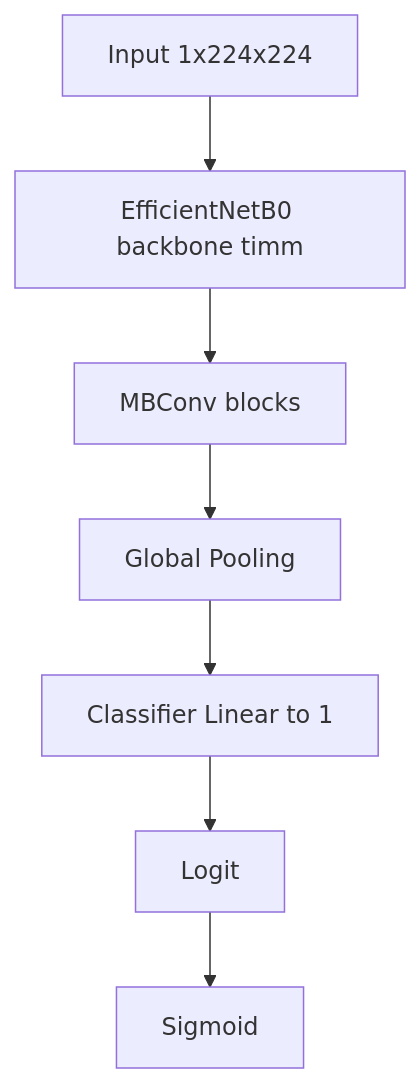
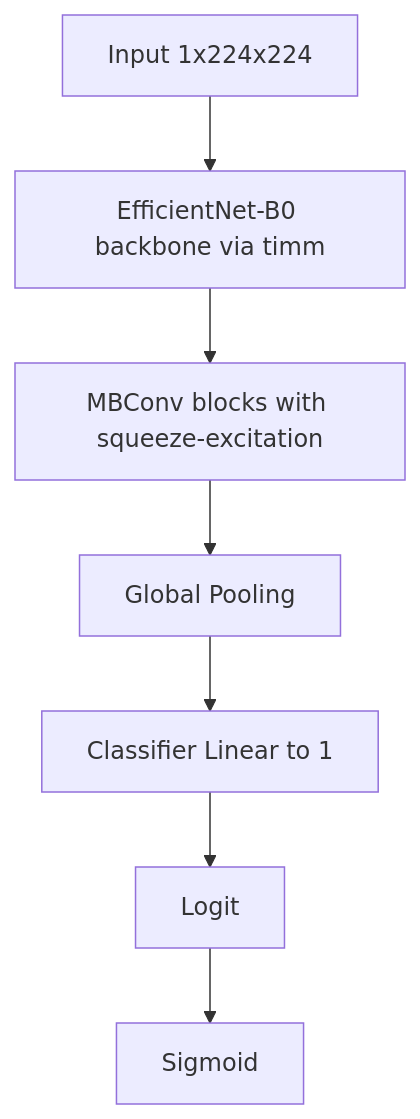
One commit to Thiyaga1586/PneumoAI changed the fifth of 5 diagrams in README.md. Above: the diagram before and after it, drawn with Mermaid. The commit also changed other lines of this file, not shown here.

````diff
--- a/README.md
+++ b/README.md
@@ -230,9 +186,9 @@
 ```mermaid
 flowchart TD
-  A[Input 1x224x224] --> B[EfficientNetB0 backbone timm]
-  B --> C[MBConv blocks]
+  A[Input 1x224x224] --> B[EfficientNet-B0 backbone via timm]
+  B --> C[MBConv blocks with squeeze-excitation]
   C --> D[Global Pooling]
   D --> E[Classifier Linear to 1]
   E --> F[Logit]
   F --> G[Sigmoid]
 ```
````
